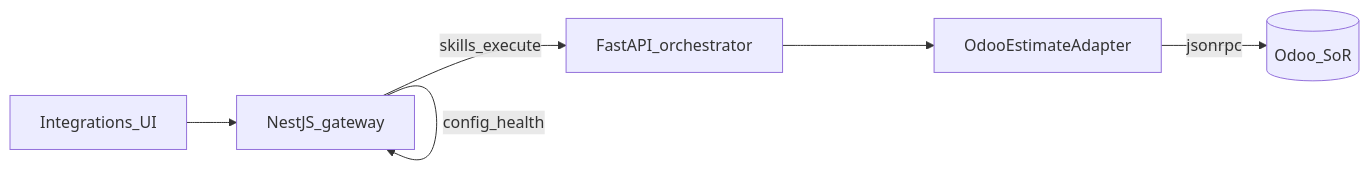
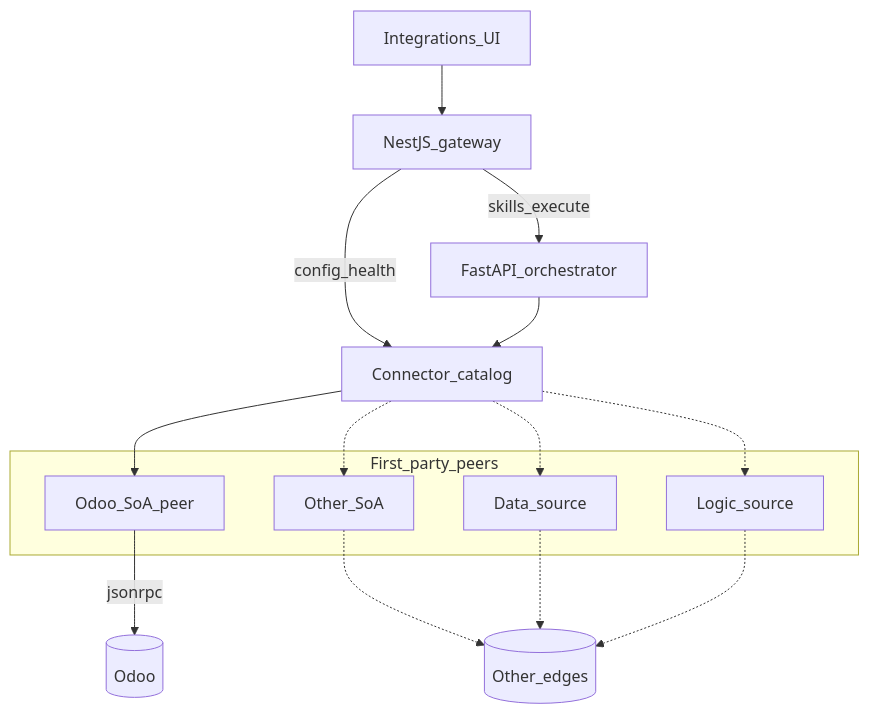
The diagram in docs/System_Design/Subsystem/SAC-005/TSD.md (llanesleonardo/controlPanelErpOdoo), drawn with Mermaid before and after one commit. The commit also changed other lines of this file and 431 other files, not shown here.

````diff
--- a/docs/System_Design/Subsystem/SAC-005/TSD.md
+++ b/docs/System_Design/Subsystem/SAC-005/TSD.md
@@ -14,14 +15,30 @@
 ```mermaid
-flowchart LR
+flowchart TB
   Web[Integrations_UI]
   Gw[NestJS_gateway]
   Orch[FastAPI_orchestrator]
-  ACL[OdooEstimateAdapter]
-  ERP[(Odoo_SoR)]
+  Cat[Connector_catalog]
+
+  subgraph peers [First_party_peers]
+    OdooAd[Odoo_SoA_peer]
+    OtherSoA[Other_SoA]
+    DataAd[Data_source]
+    LogicAd[Logic_source]
+  end
+
+  ERP[(Odoo)]
+  Other[(Other_edges)]
 
   Web --> Gw
-  Gw -->|config_health| Gw
+  Gw -->|config_health| Cat
   Gw -->|skills_execute| Orch
-  Orch --> ACL
-  ACL -->|jsonrpc| ERP
+  Orch --> Cat
+  Cat --> OdooAd
+  Cat -.-> OtherSoA
+  Cat -.-> DataAd
+  Cat -.-> LogicAd
+  OdooAd -->|jsonrpc| ERP
+  OtherSoA -.-> Other
+  DataAd -.-> Other
+  LogicAd -.-> Other
 ```
````
